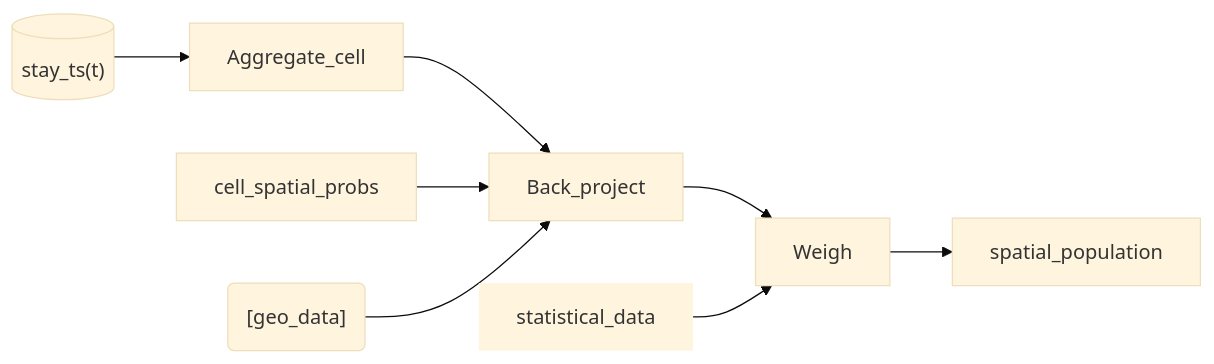
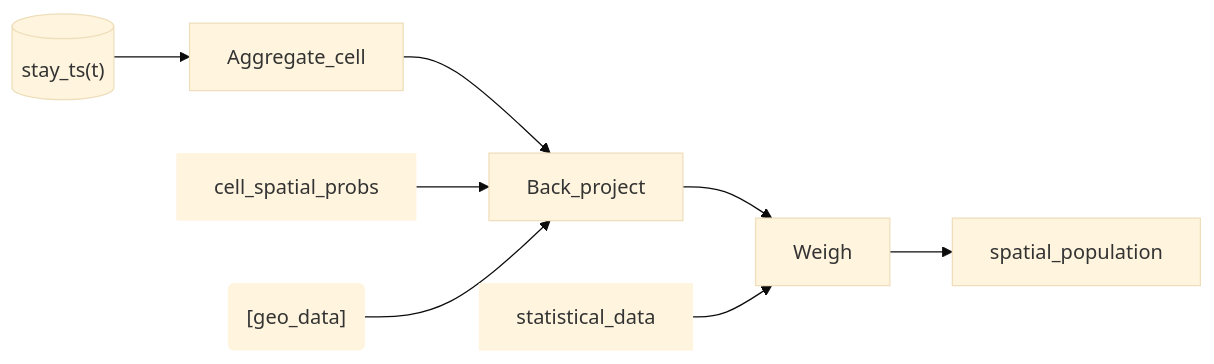
The eighth of 8 diagrams in README.md (djvanderlaan/pipeline), drawn with Mermaid (base theme) before and after one commit. The commit also changed other lines of this file, not shown here.

````diff
--- a/README.md
+++ b/README.md
@@ -88,11 +88,11 @@
 ```mermaid
 flowchart LR
 
 stay_ts[("stay_ts(t)")] --> Aggregate_cell --> Back_project --> Weigh --> spatial_population:::Data
 
-cell_spatial_probs --> Back_project
-geo_data("[geo_data]") --> Back_project
+cell_spatial_probs:::data --> Back_project
+geo_data("[geo_data]"):::data --> Back_project
 statistical_data:::data --> Weigh
 
 classDef data stroke-width:0px
 ```
````
